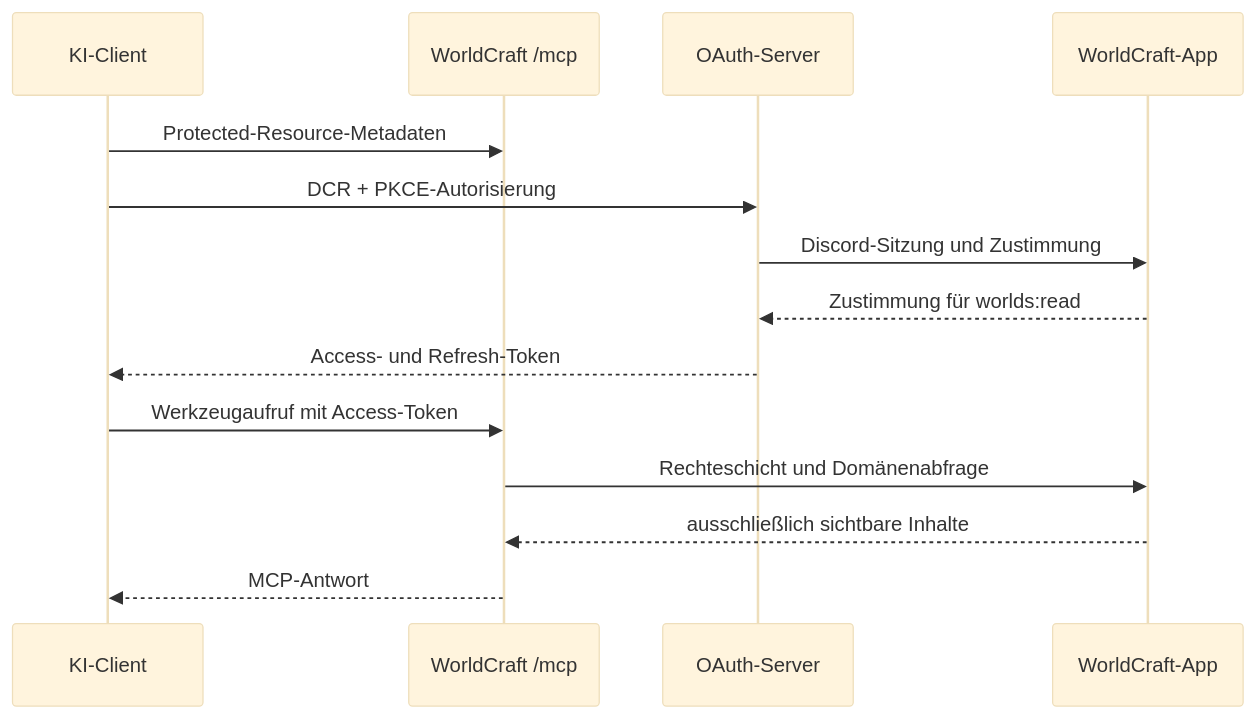
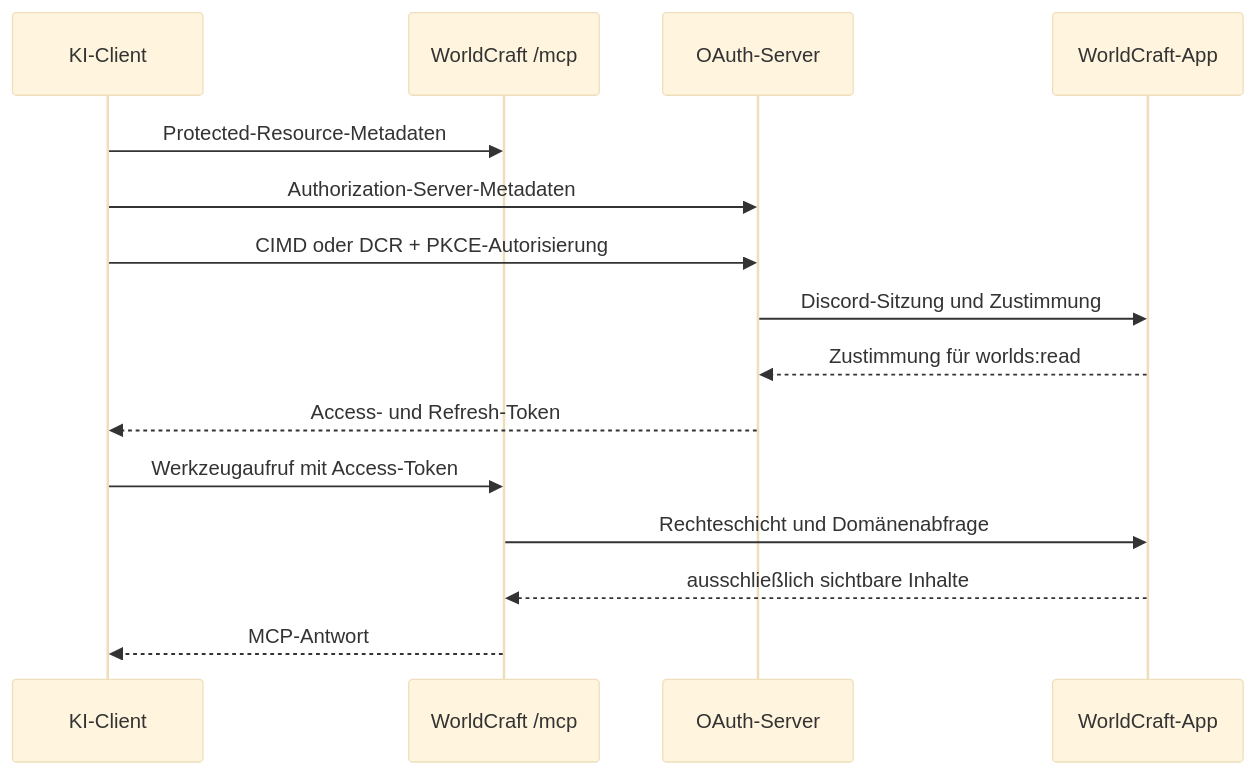
The diagram in .ai/architecture/mcp.md (diego-lagolago/WorldCraft), drawn with Mermaid (base theme) before and after one commit. The commit also changed other lines of this file and 33 other files, not shown here.

````diff
--- a/.ai/architecture/mcp.md
+++ b/.ai/architecture/mcp.md
@@ -7,17 +9,18 @@
 ```mermaid
 sequenceDiagram
   participant Client as KI-Client
   participant MCP as WorldCraft /mcp
   participant OAuth as OAuth-Server
   participant App as WorldCraft-App
 
   Client->>MCP: Protected-Resource-Metadaten
-  Client->>OAuth: DCR + PKCE-Autorisierung
+  Client->>OAuth: Authorization-Server-Metadaten
+  Client->>OAuth: CIMD oder DCR + PKCE-Autorisierung
   OAuth->>App: Discord-Sitzung und Zustimmung
   App-->>OAuth: Zustimmung für worlds:read
   OAuth-->>Client: Access- und Refresh-Token
   Client->>MCP: Werkzeugaufruf mit Access-Token
   MCP->>App: Rechteschicht und Domänenabfrage
   App-->>MCP: ausschließlich sichtbare Inhalte
   MCP-->>Client: MCP-Antwort
 ```
````
